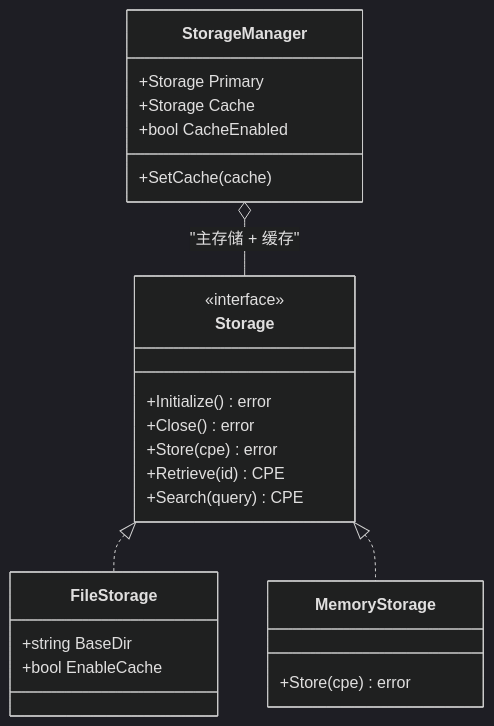
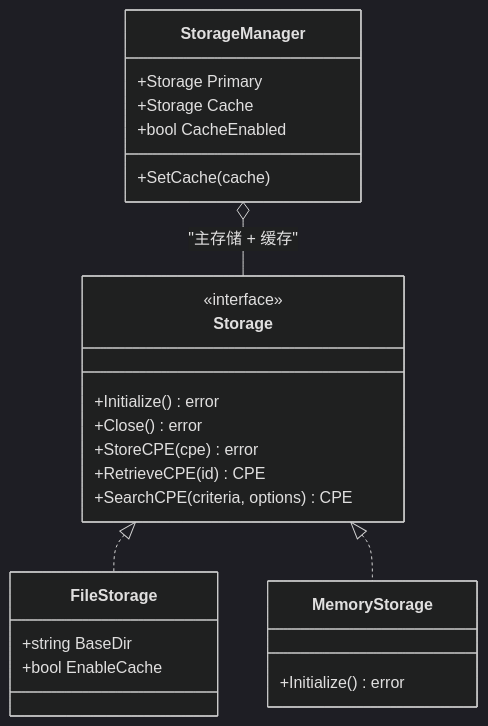
The diagram in website/zh/api/storage.md (scagogogo/cpe-skills), drawn with Mermaid (dark theme) before and after one commit. The commit also changed other lines of this file and 18 other files, not shown here.

````diff
--- a/website/zh/api/storage.md
+++ b/website/zh/api/storage.md
@@ -7,27 +7,27 @@
 ```mermaid
 classDiagram
     class Storage {
         <<interface>>
         +Initialize() error
         +Close() error
-        +Store(cpe) error
-        +Retrieve(id) CPE
-        +Search(query) CPE
+        +StoreCPE(cpe) error
+        +RetrieveCPE(id) CPE
+        +SearchCPE(criteria, options) CPE
     }
     class FileStorage {
         +string BaseDir
         +bool EnableCache
     }
     class MemoryStorage {
-        +Store(cpe) error
+        +Initialize() error
     }
     class StorageManager {
         +Storage Primary
         +Storage Cache
         +bool CacheEnabled
         +SetCache(cache)
     }
     Storage <|.. FileStorage
     Storage <|.. MemoryStorage
     StorageManager o-- Storage : "主存储 + 缓存"
 ```
````
